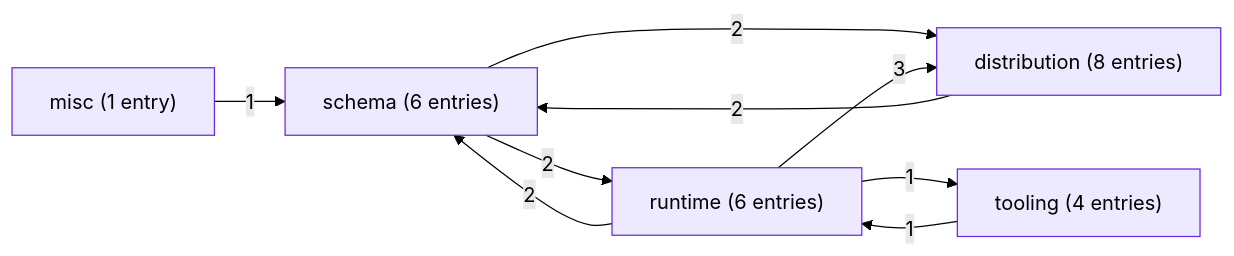
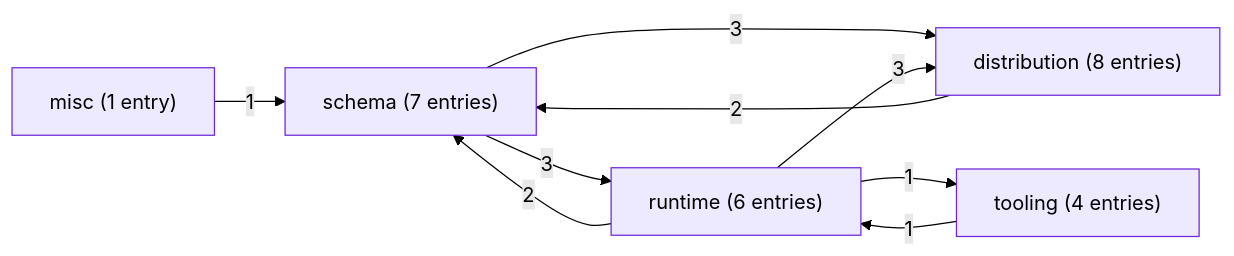
Before and after one commit to open-platform-model/enhancements: the first of 7 diagrams in GRAPH.md, drawn with Mermaid (forest theme). The commit also changed other lines of this file and 14 other files, not shown here.

````diff
--- a/GRAPH.md
+++ b/GRAPH.md
@@ -16,25 +16,25 @@
 ```mermaid
 graph LR
   classDef draft       fill:#fef3c7,stroke:#b45309,color:#000
   classDef accepted    fill:#dbeafe,stroke:#1d4ed8,color:#000
   classDef rejected    fill:#fee2e2,stroke:#b91c1c,color:#7f1d1d,stroke-dasharray:4 2
   classDef superseded  fill:#e5e7eb,stroke:#6b7280,color:#6b7280
   classDef legacy      fill:#fafafa,stroke:#9ca3af,color:#6b7280,stroke-dasharray:3 3
   classDef stub        fill:#f3f4f6,stroke:#9ca3af,color:#374151
   classDef category    fill:#ede9fe,stroke:#6d28d9,color:#000
 
-  Cschema["schema (6 entries)"]:::category
+  Cschema["schema (7 entries)"]:::category
   Cruntime["runtime (6 entries)"]:::category
   Cdistribution["distribution (8 entries)"]:::category
   Ctooling["tooling (4 entries)"]:::category
   Cmisc["misc (1 entry)"]:::category
 
-  Cschema -->|2| Cruntime
-  Cschema -->|2| Cdistribution
+  Cschema -->|3| Cruntime
+  Cschema -->|3| Cdistribution
   Cruntime -->|2| Cschema
   Cruntime -->|3| Cdistribution
   Cruntime -->|1| Ctooling
   Cdistribution -->|2| Cschema
   Ctooling -->|1| Cruntime
   Cmisc -->|1| Cschema
 ```
````
